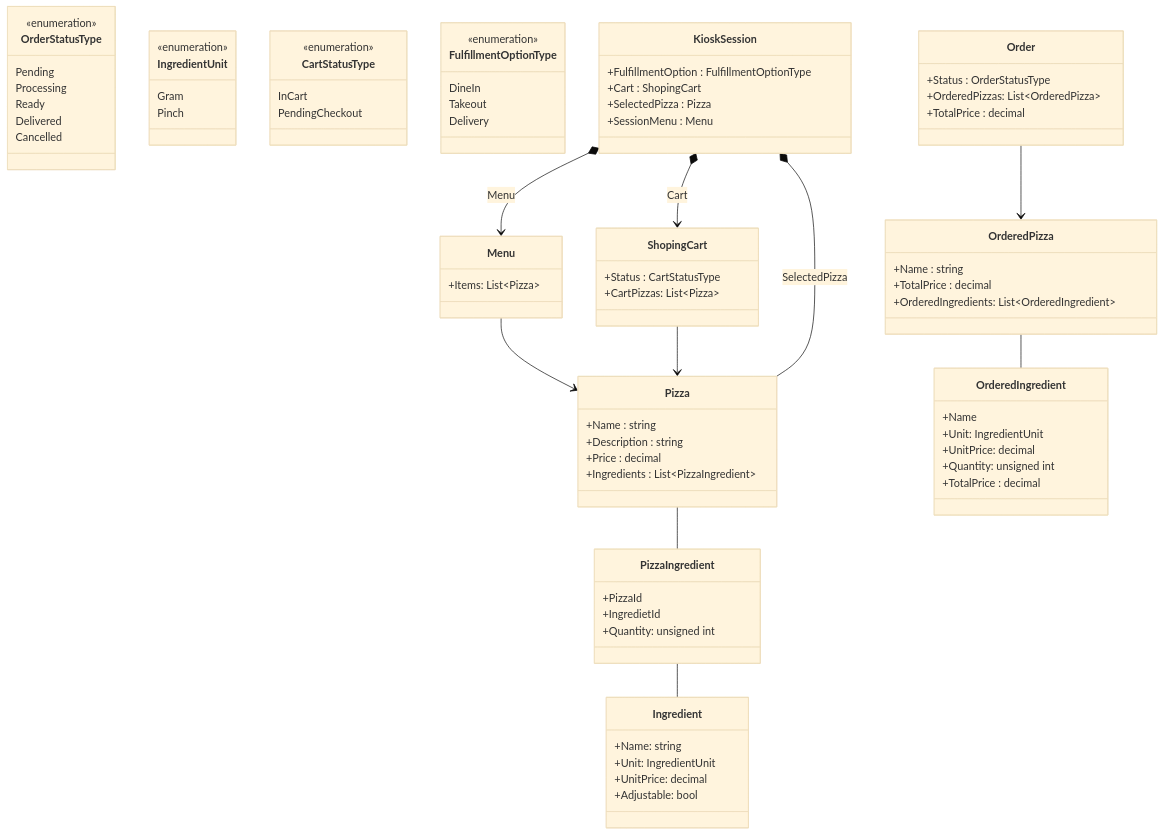
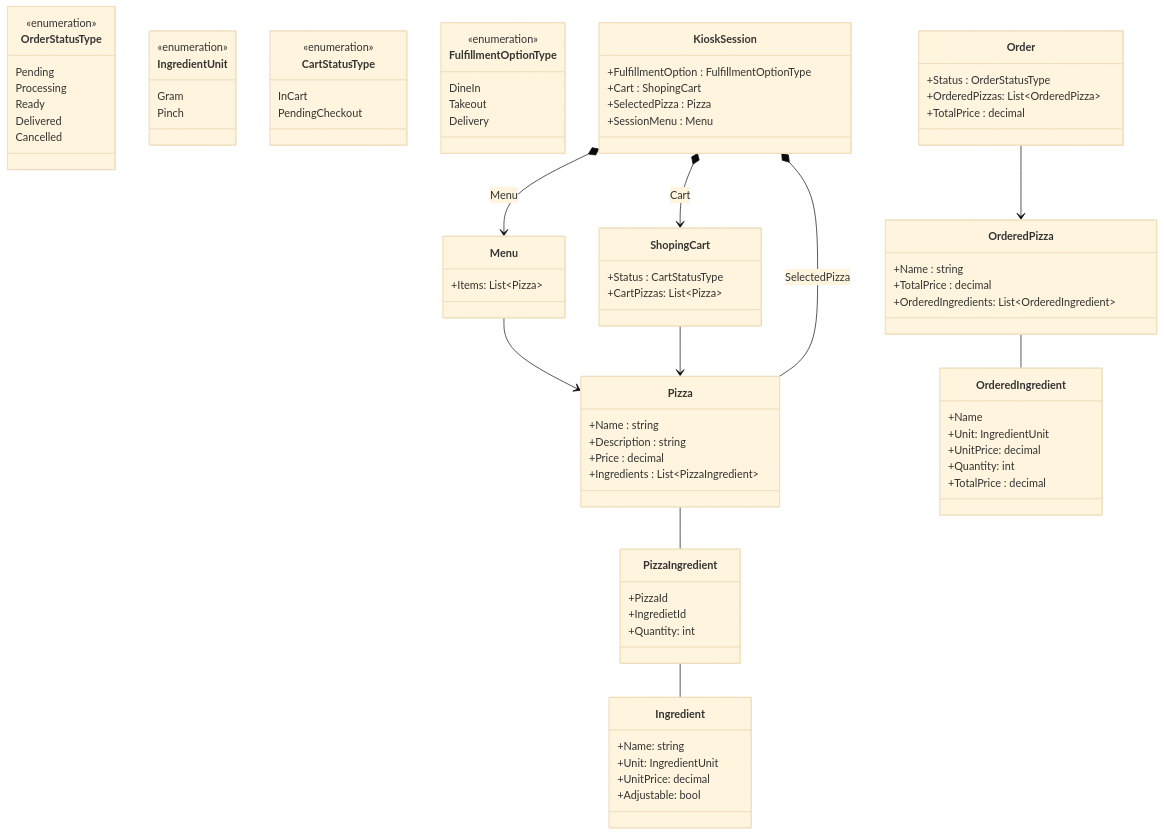
One commit to ekral/FAI changed the diagram in AF/src/Utb.PizzaKiosk/README.md. Above: the diagram before and after it, drawn with Mermaid (base theme).

```diff
--- a/AF/src/Utb.PizzaKiosk/README.md
+++ b/AF/src/Utb.PizzaKiosk/README.md
@@ -236,7 +236,7 @@
    class PizzaIngredient {
       +PizzaId
       +IngredietId
-      +Quantity: unsigned int
+      +Quantity: int
    }
 
   class Order{
@@ -255,7 +255,7 @@
        +Name
        +Unit: IngredientUnit
        +UnitPrice: decimal
-       +Quantity: unsigned int
+       +Quantity: int
        +TotalPrice : decimal
    }
 
```
